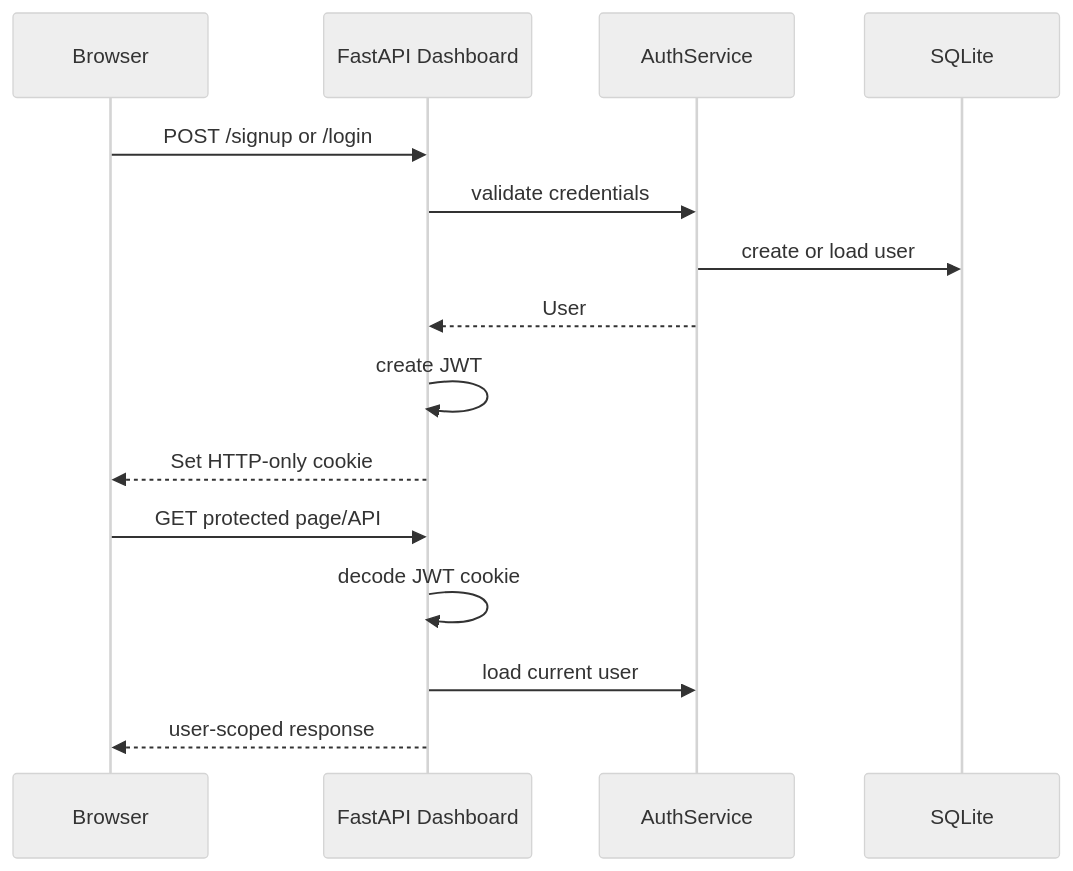
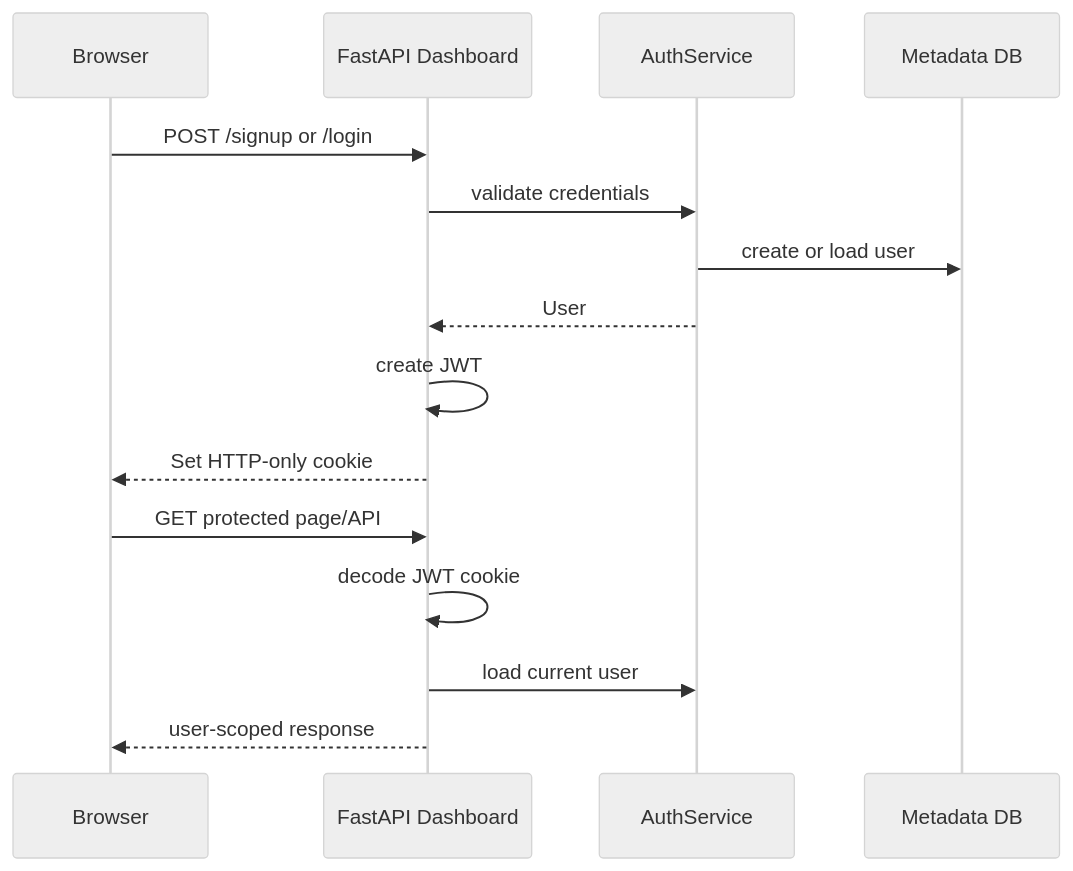
Before and after one commit to nexusBL/SentinelAI: the diagram in docs/AUTH.md, drawn with Mermaid (neutral theme). The commit also changed other lines of this file and 34 other files, not shown here.

````diff
--- a/docs/AUTH.md
+++ b/docs/AUTH.md
@@ -20,18 +20,18 @@
 ```mermaid
 sequenceDiagram
     participant Browser
     participant Dashboard as FastAPI Dashboard
     participant Auth as AuthService
-    participant DB as SQLite
+    participant DB as Metadata DB
 
     Browser->>Dashboard: POST /signup or /login
     Dashboard->>Auth: validate credentials
     Auth->>DB: create or load user
     Auth-->>Dashboard: User
     Dashboard->>Dashboard: create JWT
     Dashboard-->>Browser: Set HTTP-only cookie
     Browser->>Dashboard: GET protected page/API
     Dashboard->>Dashboard: decode JWT cookie
     Dashboard->>Auth: load current user
     Dashboard-->>Browser: user-scoped response
 ```
````
